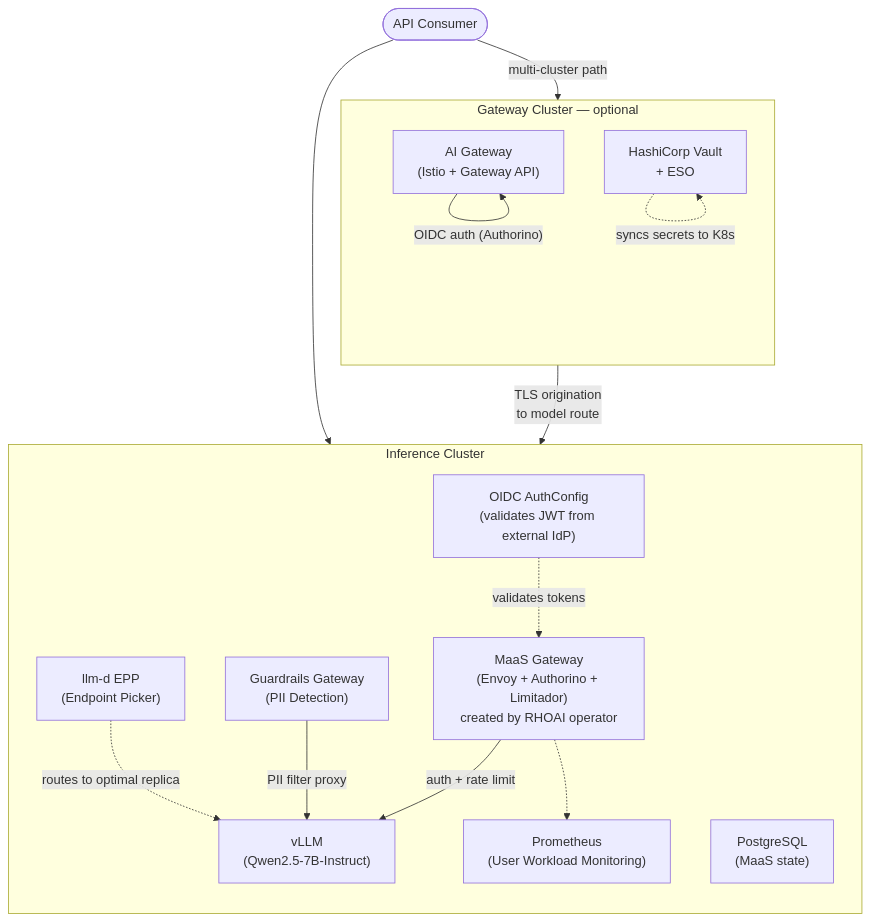
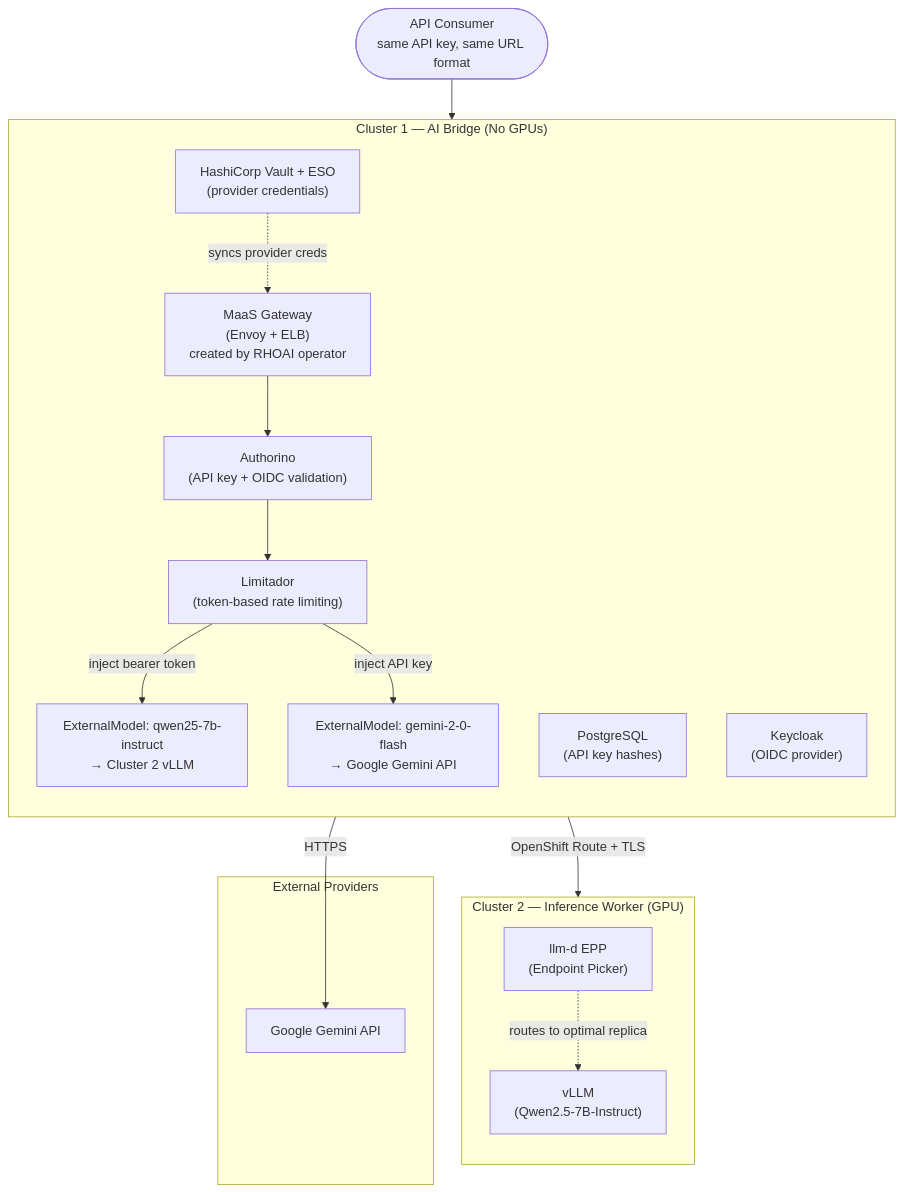
Before and after one commit to rrbanda/maas-demo: the first of 3 diagrams in README.md, drawn with Mermaid. The commit also changed other lines of this file and 4 other files, not shown here.

First line of the commit message:
Align all docs with current architecture: governance on Cluster 1 (AI Bridge)

````diff
--- a/README.md
+++ b/README.md
@@ -22,30 +22,34 @@
 ```mermaid
 flowchart TB
-    subgraph GW["Gateway Cluster — optional"]
+    subgraph C1["Cluster 1 — AI Bridge (No GPUs)"]
         direction TB
-        AIGw["AI Gateway<br/>(Istio + Gateway API)"]
-        Vault["HashiCorp Vault<br/>+ ESO"]
+        MaaS["MaaS Gateway<br/>(Envoy + ELB)<br/>created by RHOAI operator"]
+        Auth["Authorino<br/>(API key + OIDC validation)"]
+        Lim["Limitador<br/>(token-based rate limiting)"]
+        EM1["ExternalModel: qwen25-7b-instruct<br/>→ Cluster 2 vLLM"]
+        EM2["ExternalModel: gemini-2-0-flash<br/>→ Google Gemini API"]
+        PG["PostgreSQL<br/>(API key hashes)"]
+        Vault["HashiCorp Vault + ESO<br/>(provider credentials)"]
+        KC["Keycloak<br/>(OIDC provider)"]
     end
 
-    subgraph INF["Inference Cluster"]
+    subgraph C2["Cluster 2 — Inference Worker (GPU)"]
         direction TB
-        MaaS["MaaS Gateway<br/>(Envoy + Authorino + Limitador)<br/>created by RHOAI operator"]
-        Guard["Guardrails Gateway<br/>(PII Detection)"]
+        vLLM["vLLM<br/>(Qwen2.5-7B-Instruct)"]
         EPP["llm-d EPP<br/>(Endpoint Picker)"]
-        vLLM["vLLM<br/>(Qwen2.5-7B-Instruct)"]
-        PG["PostgreSQL<br/>(MaaS state)"]
-        Prom["Prometheus<br/>(User Workload Monitoring)"]
-        OIDC["OIDC AuthConfig<br/>(validates JWT from external IdP)"]
     end
 
-    Client(["API Consumer"]) --> MaaS
-    Client -->|"multi-cluster path"| AIGw
-    AIGw -->|"OIDC auth (Authorino)"| AIGw
-    AIGw -->|"TLS origination<br/>to model route"| vLLM
-    MaaS -->|"auth + rate limit"| vLLM
-    Guard -->|"PII filter proxy"| vLLM
+    subgraph EXT["External Providers"]
+        Gemini["Google Gemini API"]
+    end
+
+    Client(["API Consumer<br/>same API key, same URL format"]) --> MaaS
+    MaaS --> Auth
+    Auth --> Lim
+    Lim -->|"inject bearer token"| EM1
+    Lim -->|"inject API key"| EM2
+    EM1 -->|"OpenShift Route + TLS"| vLLM
+    EM2 -->|"HTTPS"| Gemini
     EPP -.->|"routes to optimal replica"| vLLM
-    OIDC -.->|"validates tokens"| MaaS
-    MaaS -.-> Prom
-    Vault -.->|"syncs secrets to K8s"| Vault
+    Vault -.->|"syncs provider creds"| MaaS
 ```
````
